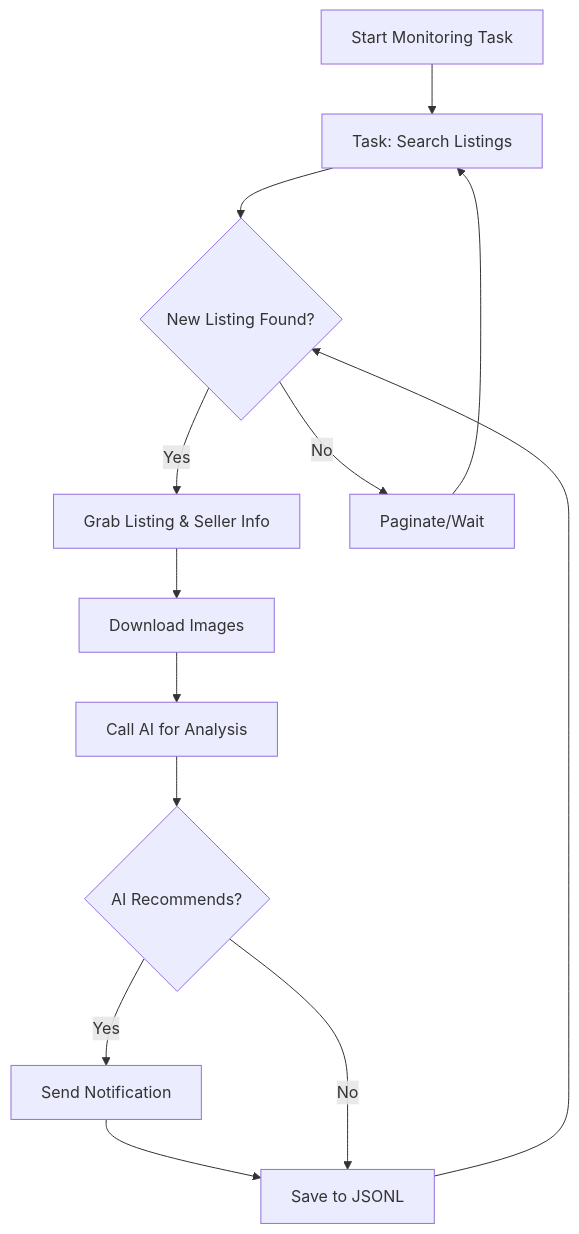
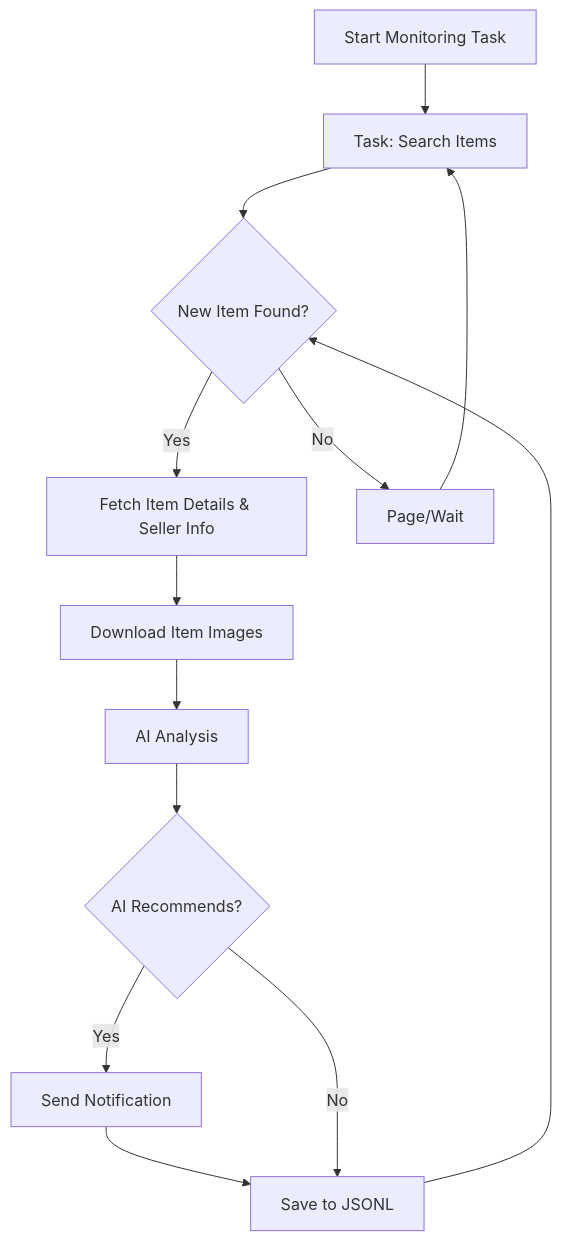
One commit to saurav-z/repo-docs changed the diagram in docs/dingyufei615-ai-goofish-monitor.md. Above: the diagram before and after it, drawn with Mermaid. The commit also changed other lines of this file and 213 other files, not shown here.

````diff
--- a/docs/dingyufei615-ai-goofish-monitor.md
+++ b/docs/dingyufei615-ai-goofish-monitor.md
@@ -158,15 +142,15 @@
 ```mermaid
 graph TD
-    A[Start Monitoring Task] --> B[Task: Search Listings];
-    B --> C{New Listing Found?};
-    C -- Yes --> D[Grab Listing & Seller Info];
-    D --> E[Download Images];
-    E --> F[Call AI for Analysis];
+    A[Start Monitoring Task] --> B[Task: Search Items];
+    B --> C{New Item Found?};
+    C -- Yes --> D[Fetch Item Details & Seller Info];
+    D --> E[Download Item Images];
+    E --> F[AI Analysis];
     F --> G{AI Recommends?};
     G -- Yes --> H[Send Notification];
     H --> I[Save to JSONL];
     G -- No --> I;
-    C -- No --> J[Paginate/Wait];
+    C -- No --> J[Page/Wait];
     J --> B;
     I --> C;
 ```
````
